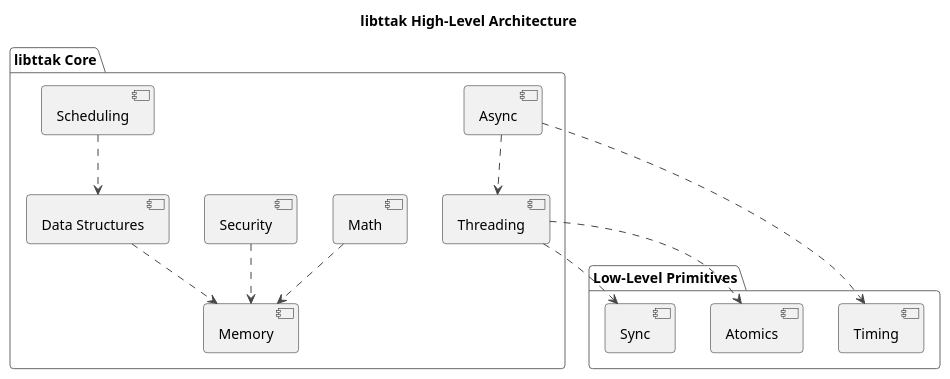
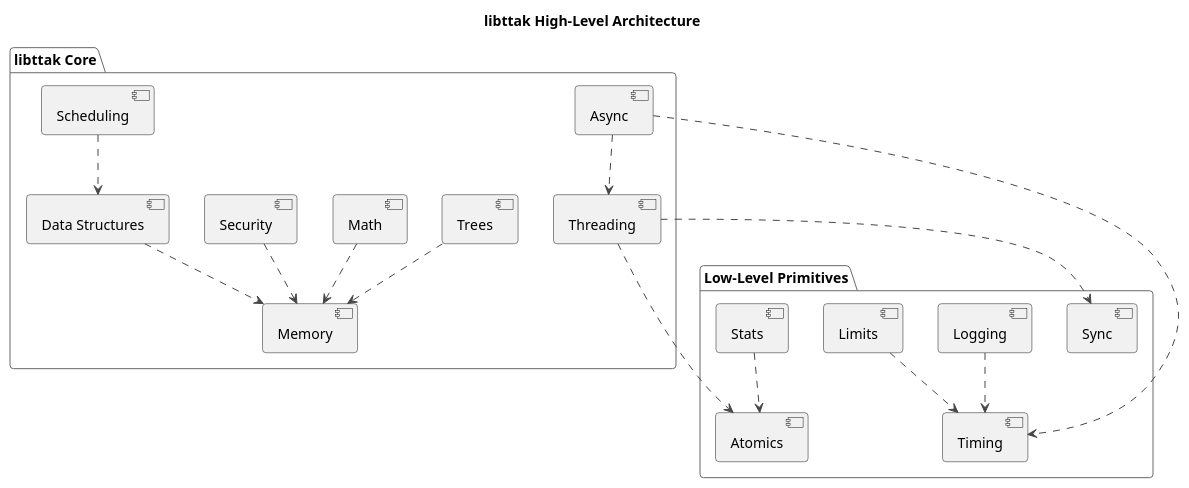
One commit to Religiya-Serdtsa/libttak changed the diagram in blueprints/00_overview.puml. Above: the diagram before and after it, drawn with PlantUML. The commit also changed 17 other files, not shown here.

```diff
--- a/blueprints/00_overview.puml
+++ b/blueprints/00_overview.puml
@@ -1,34 +1,43 @@
 @startuml libttak_overview
 !theme vibrant
 
 title libttak High-Level Architecture
 
 package "libttak Core" {
     component "Async" as Async
     component "Data Structures" as DS
+    component "Trees" as Tree
     component "Memory" as Mem
     component "Threading" as Thread
     component "Math" as Math
     component "Security" as Security
     component "Scheduling" as Priority
 }
 
 package "Low-Level Primitives" {
     component "Atomics" as Atomic
     component "Sync" as Sync
     component "Timing" as Timing
+    component "Logging" as Log
+    component "Stats" as Stats
+    component "Limits" as Limit
 }
 
 ' Relationships
 Thread ..> Sync
 Thread ..> Atomic
 Async ..> Thread
 Async ..> Timing
 
 Priority ..> DS
 DS ..> Mem
+Tree ..> Mem
 
 Math ..> Mem
 Security ..> Mem
 
+Log ..> Timing
+Stats ..> Atomic
+Limit ..> Timing
+
 @enduml
```
